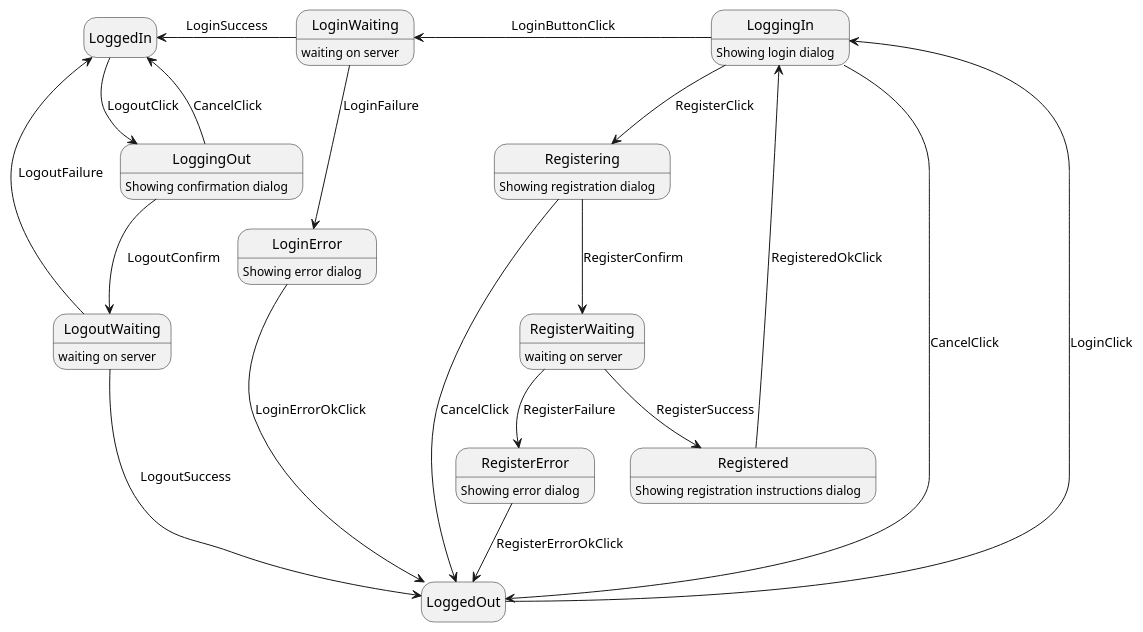
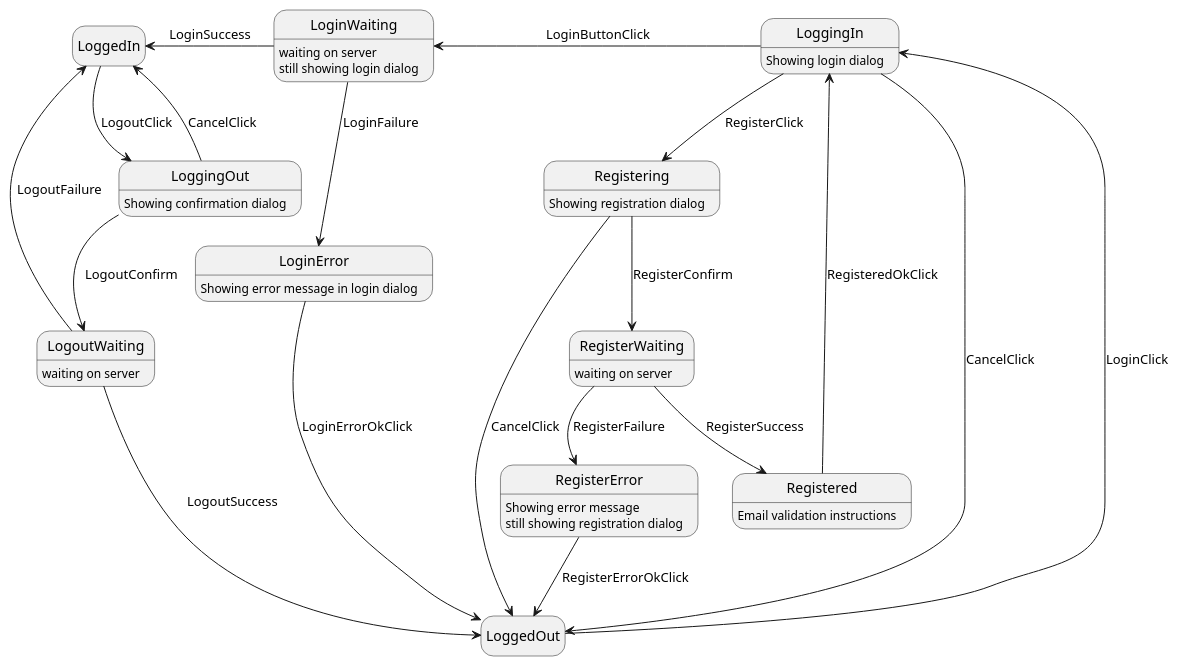
Before and after one commit to Zer0-Vector/swn-faction-tracker: the diagram in design/user management/Login Logout.plantuml, drawn with PlantUML.

Commit message:
design for email verification

```diff
--- a/design/user management/Login Logout.plantuml
+++ b/design/user management/Login Logout.plantuml
@@ -1,36 +1,38 @@
 @startuml Login Logout States
 hide empty description
 
 state LoggingIn : Showing login dialog
 state LoginWaiting : waiting on server
-state LoginError : Showing error dialog
+LoginWaiting : still showing login dialog
+state LoginError : Showing error message in login dialog
 state LoggingOut : Showing confirmation dialog
 state Registering : Showing registration dialog
-state Registered : Showing registration instructions dialog
-state RegisterError : Showing error dialog
+state Registered : Email validation instructions
+state RegisterError : Showing error message 
+RegisterError: still showing registration dialog
 state RegisterWaiting : waiting on server
 state LogoutWaiting : waiting on server
 state LoggedOut
 
 
 LoggedOut --> LoggingIn : LoginClick
 LoggingIn -left-> LoginWaiting : LoginButtonClick
 LoginWaiting -left-> LoggedIn : LoginSuccess
 LoggingIn --> LoggedOut : CancelClick
 LoggedIn --> LoggingOut : LogoutClick
 LoggingOut --> LoggedIn : CancelClick
 LoggingOut --> LogoutWaiting : LogoutConfirm
 LogoutWaiting --> LoggedOut : LogoutSuccess
 LogoutWaiting --> LoggedIn : LogoutFailure
 LoginWaiting --> LoginError : LoginFailure
 LoginError --> LoggedOut : LoginErrorOkClick
 LoggingIn --> Registering : RegisterClick
 Registering --> RegisterWaiting : RegisterConfirm
 RegisterWaiting --> Registered : RegisterSuccess
 RegisterWaiting --> RegisterError : RegisterFailure
 RegisterError --> LoggedOut : RegisterErrorOkClick
 Registered --> LoggingIn : RegisteredOkClick
 Registering --> LoggedOut : CancelClick
 
 
 @enduml
```
